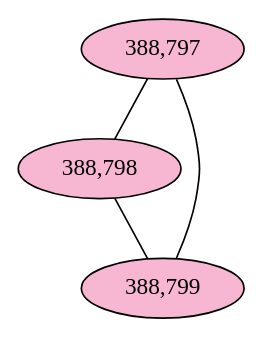
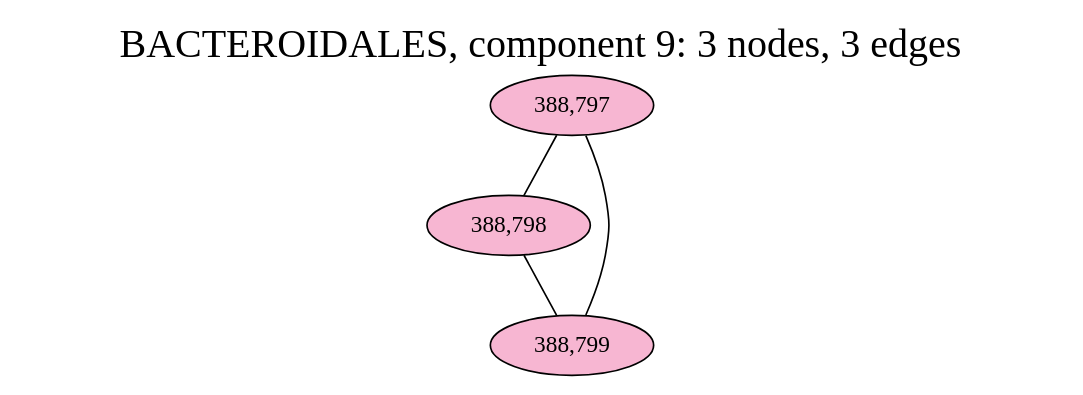
The diagram in notebooks/graphs/BACTEROIDALES_cc9.gv (fedarko/sheepgut), drawn with Graphviz before and after one commit. The commit also changed 60 other files, not shown here.

```diff
--- a/notebooks/graphs/BACTEROIDALES_cc9.gv
+++ b/notebooks/graphs/BACTEROIDALES_cc9.gv
@@ -1,10 +1,13 @@
 graph BACTEROIDALES_cc9 {
 	overlap="prism50";
 	outputorder="edgesfirst";
+	label="BACTEROIDALES, component 9: 3 nodes, 3 edges";
+	labelloc="t";
+	fontsize=24;
 	"388,797" [style="filled", fillcolor="#f7b6d2", fontcolor="#000000"];
 	"388,798" [style="filled", fillcolor="#f7b6d2", fontcolor="#000000"];
 	"388,799" [style="filled", fillcolor="#f7b6d2", fontcolor="#000000"];
 	"388,797" -- "388,798";
 	"388,797" -- "388,799";
 	"388,798" -- "388,799";
 }
```
